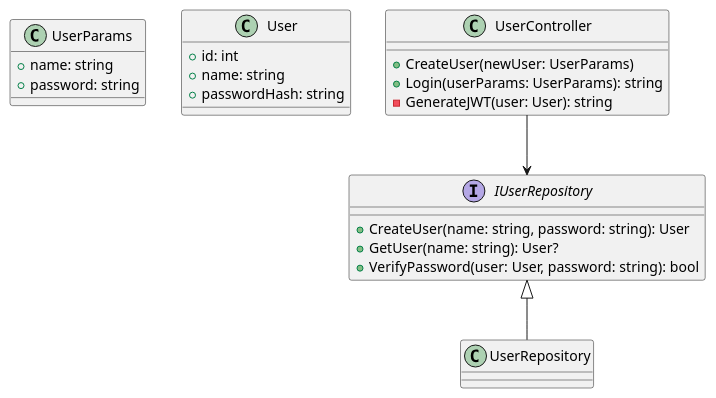
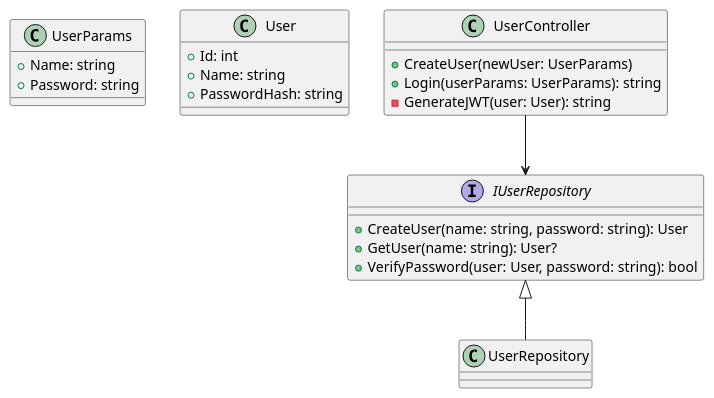
One commit to MaarxS/chess-opening-training-paper changed the diagram in images/diagrams/auth.puml. Above: the diagram before and after it, drawn with PlantUML. The commit also changed 23 other files, not shown here.

```diff
--- a/images/diagrams/auth.puml
+++ b/images/diagrams/auth.puml
@@ -1,24 +1,29 @@
 @startuml
+<style>
+element {
+    FontName Arial
+}
+</style>
 class UserParams {
-    + name: string
-    + password: string
+    + Name: string
+    + Password: string
 }
 class User {
-    + id: int
-    + name: string
-    + passwordHash: string
+    + Id: int
+    + Name: string
+    + PasswordHash: string
 }
 class UserController {
     + CreateUser(newUser: UserParams)
     + Login(userParams: UserParams): string
     - GenerateJWT(user: User): string
 }
 interface IUserRepository {
     + CreateUser(name: string, password: string): User
     + GetUser(name: string): User?
     + VerifyPassword(user: User, password: string): bool
 }
 
 UserController --> IUserRepository
 IUserRepository <|-- UserRepository
 @enduml
```
